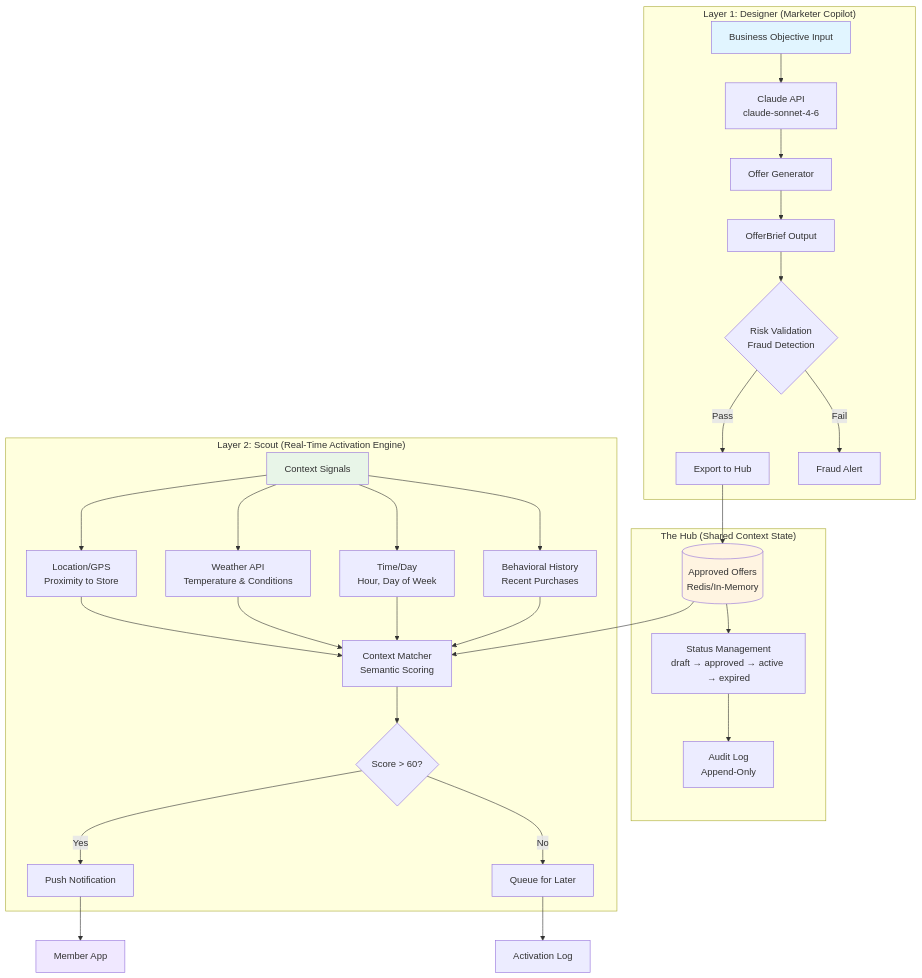
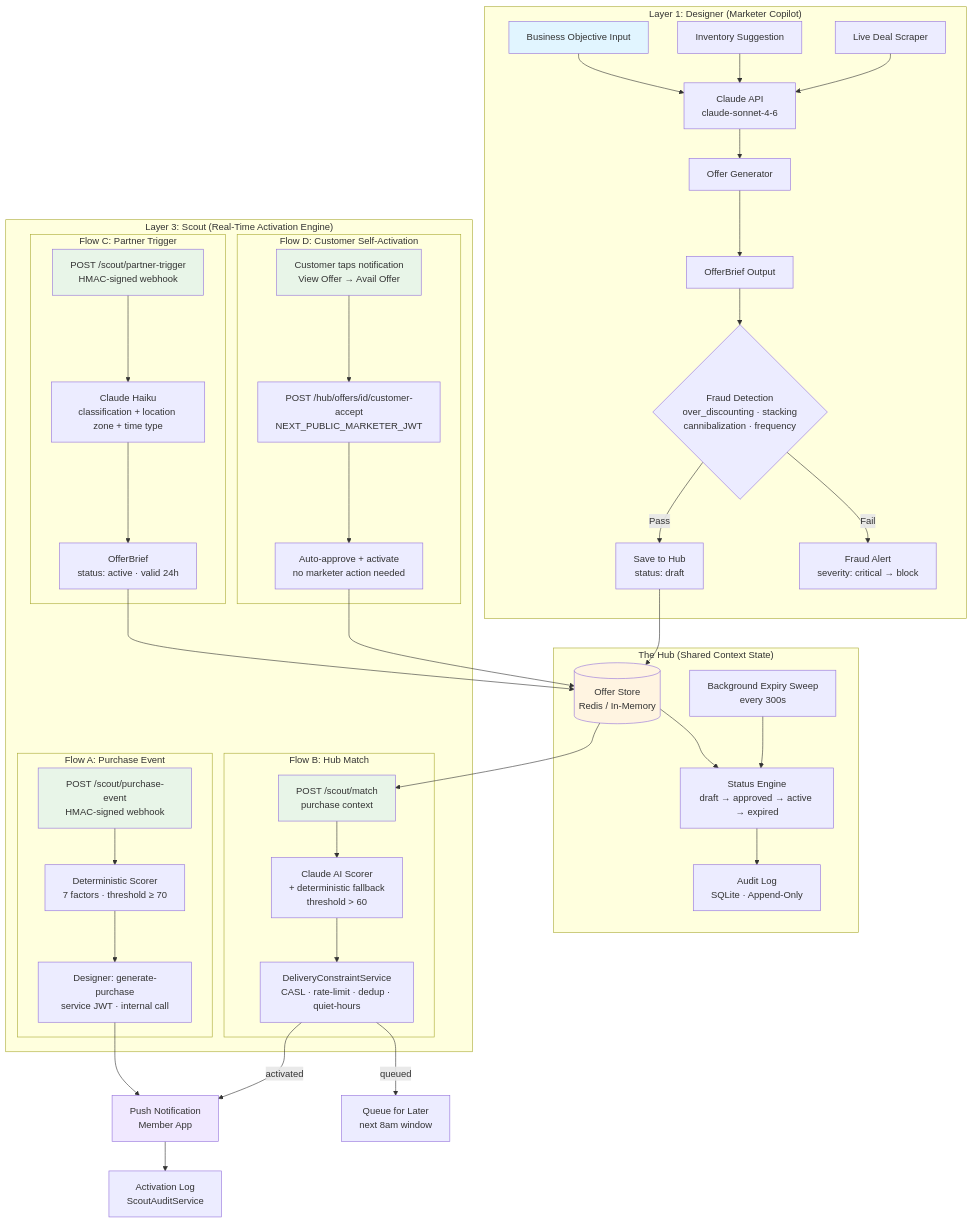
One commit to kartikey423/tristar changed the first of 11 diagrams in docs/ARCHITECTURE.md. Above: the diagram before and after it, drawn with Mermaid. The commit also changed other lines of this file, not shown here.

Commit message:
docs: regenerate ARCHITECTURE.md v3.0 with phone preview flow, customer-accept, partner intelligence

````diff
--- a/docs/ARCHITECTURE.md
+++ b/docs/ARCHITECTURE.md
@@ -23,14 +23,18 @@
 graph TB
     subgraph "Layer 1: Designer (Marketer Copilot)"
         A[Business Objective Input]
+        A2[Inventory Suggestion]
+        A3[Live Deal Scraper]
         B[Claude API<br/>claude-sonnet-4-6]
         C[Offer Generator]
         D[OfferBrief Output]
-        E{Risk Validation<br/>Fraud Detection}
-        F[Export to Hub]
-        G[Fraud Alert]
+        E{Fraud Detection<br/>over_discounting · stacking<br/>cannibalization · frequency}
+        F[Save to Hub<br/>status: draft]
+        G[Fraud Alert<br/>severity: critical → block]
 
         A --> B
+        A2 --> B
+        A3 --> B
         B --> C
         C --> D
         D --> E
@@ -39,51 +43,63 @@
     end
 
     subgraph "The Hub (Shared Context State)"
-        H[(Approved Offers<br/>Redis/In-Memory)]
-        I[Status Management<br/>draft → approved → active → expired]
-        J[Audit Log<br/>Append-Only]
+        H[(Offer Store<br/>Redis / In-Memory)]
+        I[Status Engine<br/>draft → approved → active → expired]
+        J[Audit Log<br/>SQLite · Append-Only]
+        K[Background Expiry Sweep<br/>every 300s]
 
         F --> H
         H --> I
         I --> J
+        K --> I
     end
 
-    subgraph "Layer 2: Scout (Real-Time Activation Engine)"
-        K[Context Signals]
-        L[Location/GPS<br/>Proximity to Store]
-        M[Weather API<br/>Temperature & Conditions]
-        N[Time/Day<br/>Hour, Day of Week]
-        O[Behavioral History<br/>Recent Purchases]
+    subgraph "Layer 3: Scout (Real-Time Activation Engine)"
+        subgraph "Flow A: Purchase Event"
+            PA[POST /scout/purchase-event<br/>HMAC-signed webhook]
+            PB[Deterministic Scorer<br/>7 factors · threshold ≥ 70]
+            PC[Designer: generate-purchase<br/>service JWT · internal call]
+        end
+        subgraph "Flow B: Hub Match"
+            MB[POST /scout/match<br/>purchase context]
+            MC[Claude AI Scorer<br/>+ deterministic fallback<br/>threshold > 60]
+            MD[DeliveryConstraintService<br/>CASL · rate-limit · dedup · quiet-hours]
+        end
+        subgraph "Flow C: Partner Trigger"
+            PT[POST /scout/partner-trigger<br/>HMAC-signed webhook]
+            PU[Claude Haiku<br/>classification + location zone + time type]
+            PV[OfferBrief<br/>status: active · valid 24h]
+        end
+        subgraph "Flow D: Customer Self-Activation"
+            CA[Customer taps notification<br/>View Offer → Avail Offer]
+            CB[POST /hub/offers/id/customer-accept<br/>NEXT_PUBLIC_MARKETER_JWT]
+            CC[Auto-approve + activate<br/>no marketer action needed]
+        end
 
-        P[Context Matcher<br/>Semantic Scoring]
-        Q{Score > 60?}
-        R[Push Notification]
-        S[Queue for Later]
-
-        K --> L
-        K --> M
-        K --> N
-        K --> O
-
-        L --> P
-        M --> P
-        N --> P
-        O --> P
-
-        H --> P
-        P --> Q
-        Q -->|Yes| R
-        Q -->|No| S
+        PA --> PB --> PC
+        MB --> MC --> MD
+        PT --> PU --> PV
+        CA --> CB --> CC
     end
 
-    T[Member App]
-    U[Activation Log]
+    R[Push Notification<br/>Member App]
+    S[Queue for Later<br/>next 8am window]
+    U[Activation Log<br/>ScoutAuditService]
 
-    R --> T
-    S --> U
+    PC --> R
+    MD -->|activated| R
+    MD -->|queued| S
+    PV --> H
+    CC --> H
+
+    R --> U
+    H --> MB
 
     style A fill:#e1f5ff
     style H fill:#fff4e1
-    style K fill:#e8f5e8
-    style T fill:#f0e8ff
+    style PA fill:#e8f5e8
+    style MB fill:#e8f5e8
+    style PT fill:#e8f5e8
+    style CA fill:#e8f5e8
+    style R fill:#f0e8ff
 ```
````
